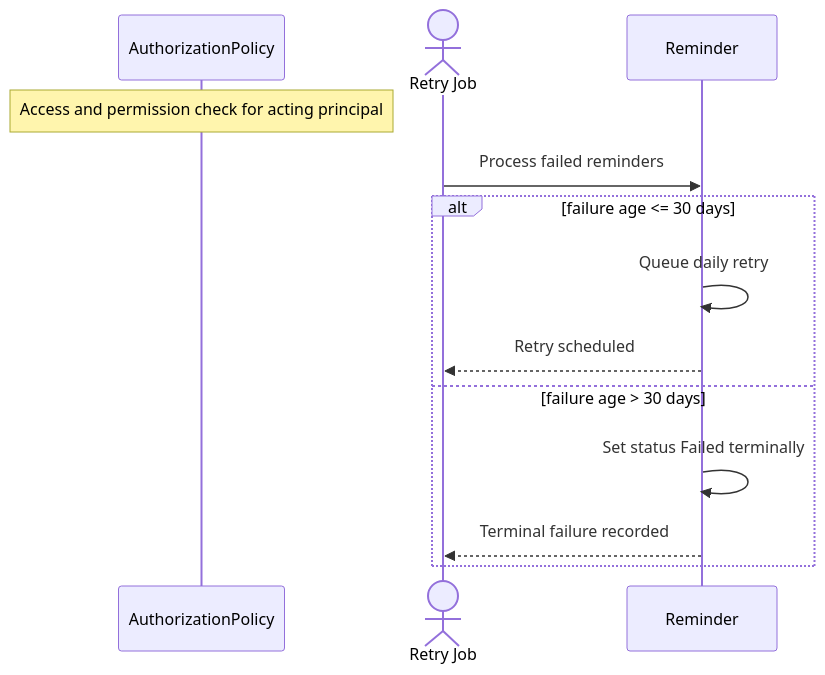
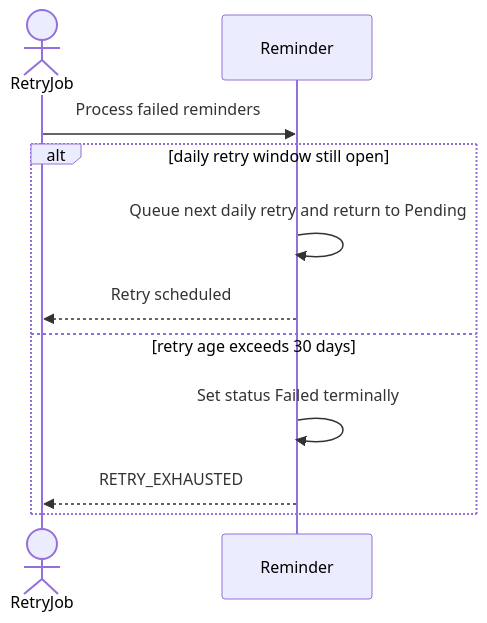
The sixth of 6 diagrams in architecture/sequence-diagrams/05-execution-reminders.md (ChidiRnweke/margin), drawn with Mermaid before and after one commit. The commit also changed other lines of this file and 12 other files, not shown here.

Commit message:
Enhance sequence diagrams and introduce traceability matrix

````diff
--- a/architecture/sequence-diagrams/05-execution-reminders.md
+++ b/architecture/sequence-diagrams/05-execution-reminders.md
@@ -95,15 +122,13 @@
 ```mermaid
 sequenceDiagram
-    participant G as AuthorizationPolicy
-    Note over G: Access and permission check for acting principal
-    actor J as Retry Job
+    actor J as RetryJob
     participant R as Reminder
     J->>R: Process failed reminders
-    alt failure age <= 30 days
-      R->>R: Queue daily retry
-      R-->>J: Retry scheduled
-    else failure age > 30 days
-      R->>R: Set status Failed terminally
-      R-->>J: Terminal failure recorded
+    alt daily retry window still open
+        R->>R: Queue next daily retry and return to Pending
+        R-->>J: Retry scheduled
+    else retry age exceeds 30 days
+        R->>R: Set status Failed terminally
+        R-->>J: RETRY_EXHAUSTED
     end
 ```
````
